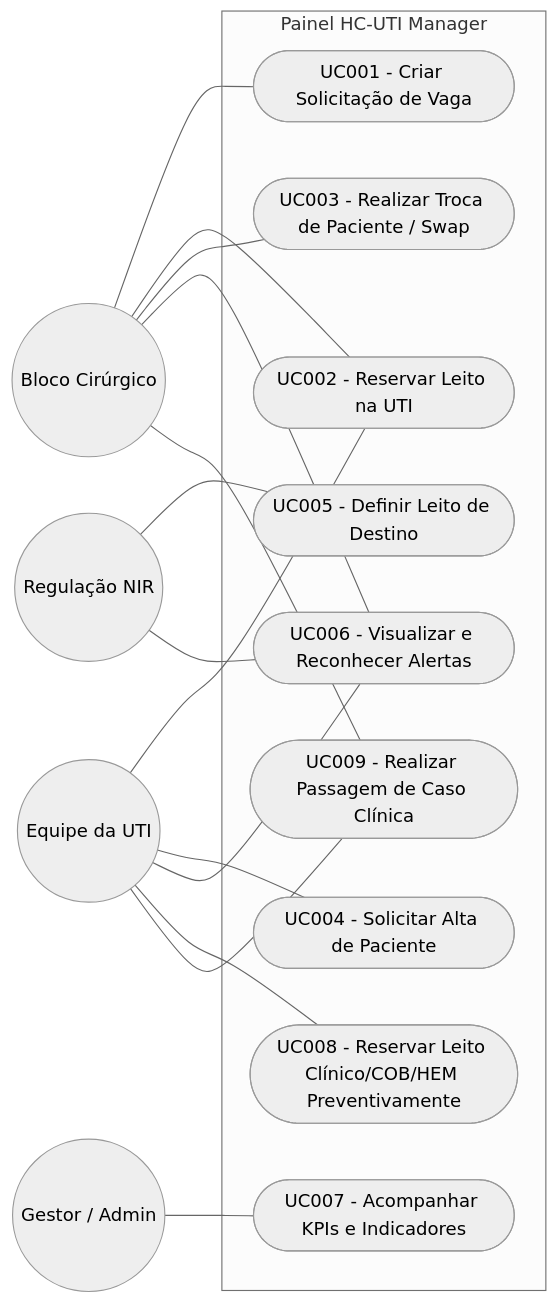
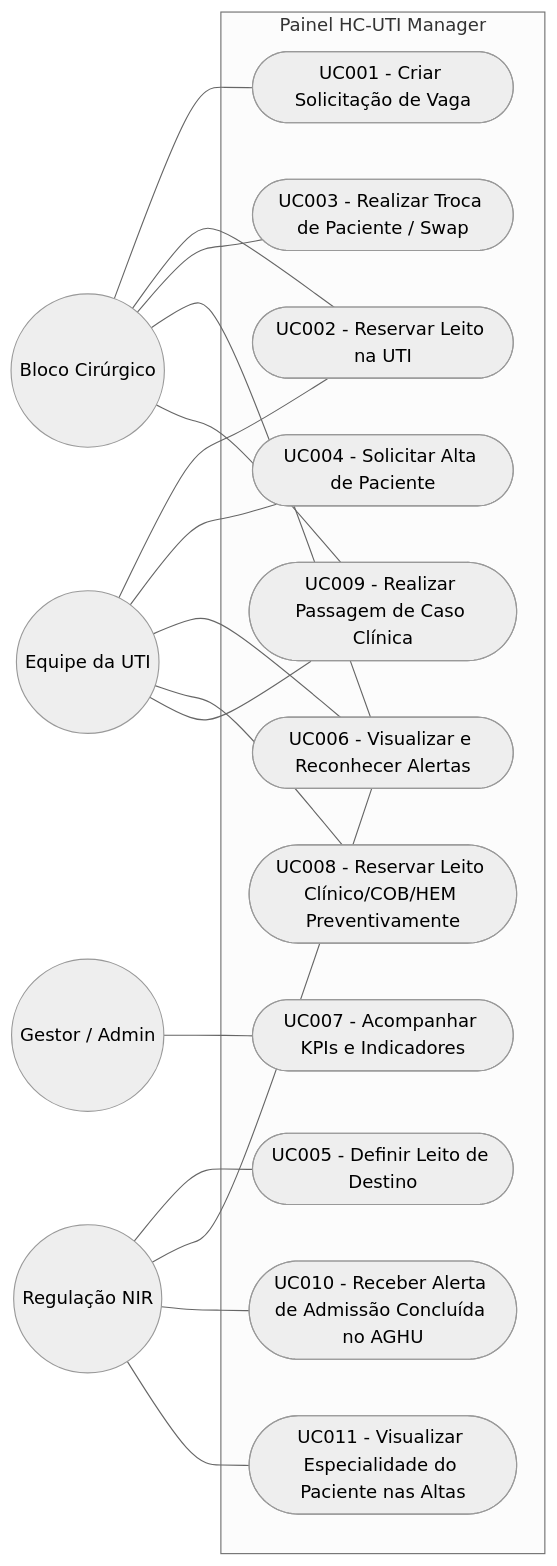
The diagram in docs/projeto_inicial/03-casos-uso.md (HCUFPE/hc-uti-manager), drawn with Mermaid (neutral theme) before and after one commit. The commit also changed other lines of this file and 2 other files, not shown here.

````diff
--- a/docs/projeto_inicial/03-casos-uso.md
+++ b/docs/projeto_inicial/03-casos-uso.md
@@ -9,38 +9,42 @@
 ```mermaid
 flowchart LR
     %% Atores
     BC((Bloco Cirúrgico))
     UTI((Equipe da UTI))
     NIR((Regulação NIR))
     ADM((Gestor / Admin))
     
     subgraph "Painel HC-UTI Manager"
         UC1([UC001 - Criar Solicitação de Vaga])
         UC2([UC002 - Reservar Leito na UTI])
         UC3([UC003 - Realizar Troca de Paciente / Swap])
         UC4([UC004 - Solicitar Alta de Paciente])
         UC5([UC005 - Definir Leito de Destino])
         UC6([UC006 - Visualizar e Reconhecer Alertas])
         UC7([UC007 - Acompanhar KPIs e Indicadores])
         UC8([UC008 - Reservar Leito Clínico/COB/HEM Preventivamente])
         UC9([UC009 - Realizar Passagem de Caso Clínica])
+        UC10([UC010 - Receber Alerta de Admissão Concluída no AGHU])
+        UC11([UC011 - Visualizar Especialidade do Paciente nas Altas])
     end
     
     %% Relacionamentos
     BC --- UC1
     BC --- UC2
     BC --- UC3
     BC --- UC6
     BC --- UC9
     
     UTI --- UC2
     UTI --- UC4
     UTI --- UC6
     UTI --- UC8
     UTI --- UC9
     
     NIR --- UC5
     NIR --- UC6
+    NIR --- UC10
+    NIR --- UC11
     
     ADM --- UC7
 ```
````
